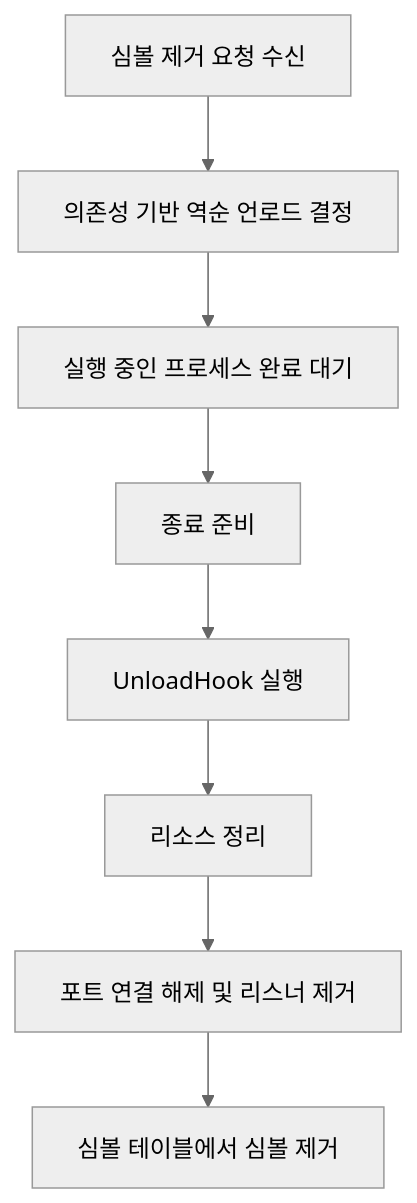
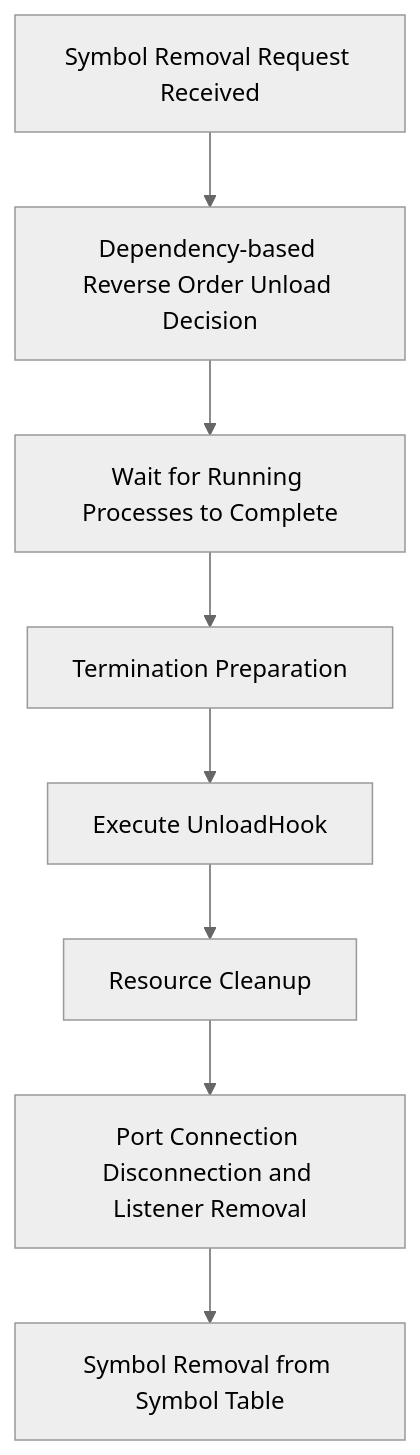
Before and after one commit to siyul-park/uniflow: the ninth of 9 diagrams in docs/flowchart.md, drawn with Mermaid (neutral theme). The commit also changed other lines of this file and 3 other files, not shown here.

````diff
--- a/docs/flowchart.md
+++ b/docs/flowchart.md
@@ -323,10 +324,10 @@
 ```mermaid
 flowchart TD
-    A["심볼 제거 요청 수신"] --> B["의존성 기반 역순 언로드 결정"]
-    B --> C["실행 중인 프로세스 완료 대기"]
-    C --> D["종료 준비"]
-    D --> E["UnloadHook 실행"]
-    E --> F["리소스 정리"]
-    F --> G["포트 연결 해제 및 리스너 제거"]
-    G --> H["심볼 테이블에서 심볼 제거"]
+    A["Symbol Removal Request Received"] --> B["Dependency-based Reverse Order Unload Decision"]
+    B --> C["Wait for Running Processes to Complete"]
+    C --> D["Termination Preparation"]
+    D --> E["Execute UnloadHook"]
+    E --> F["Resource Cleanup"]
+    F --> G["Port Connection Disconnection and Listener Removal"]
+    G --> H["Symbol Removal from Symbol Table"]
 ```
````
